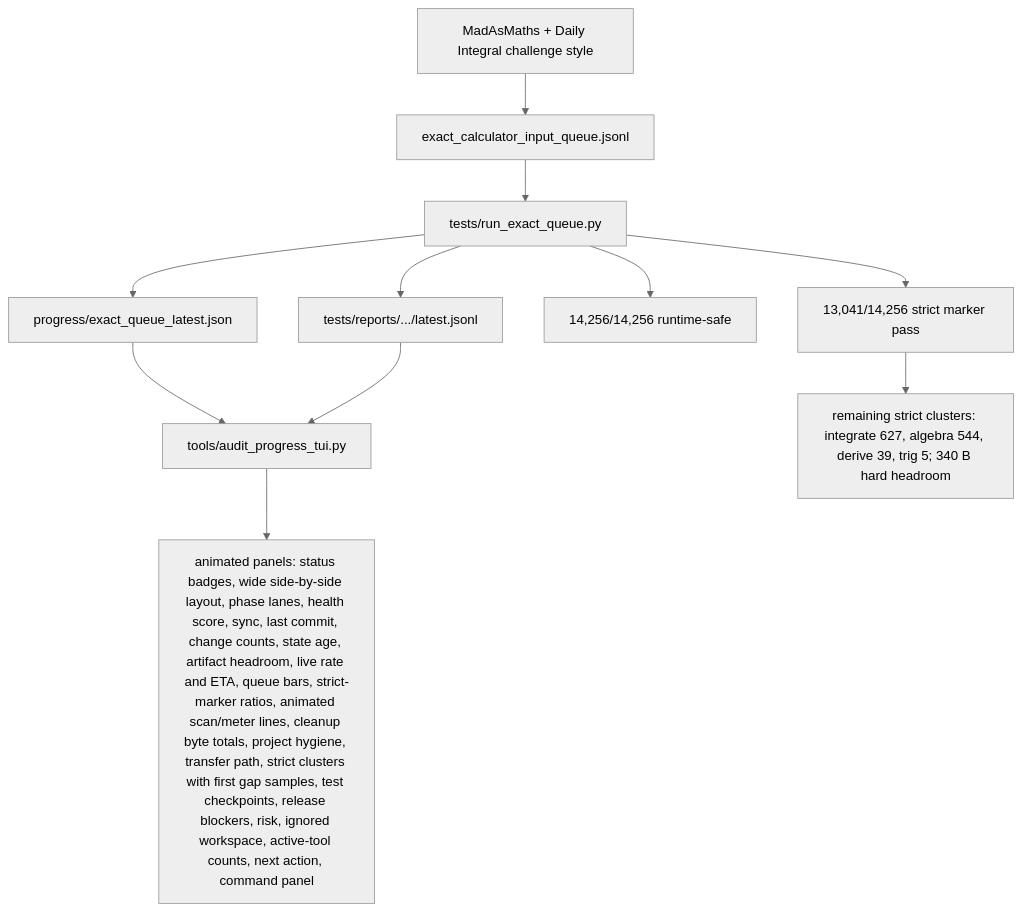
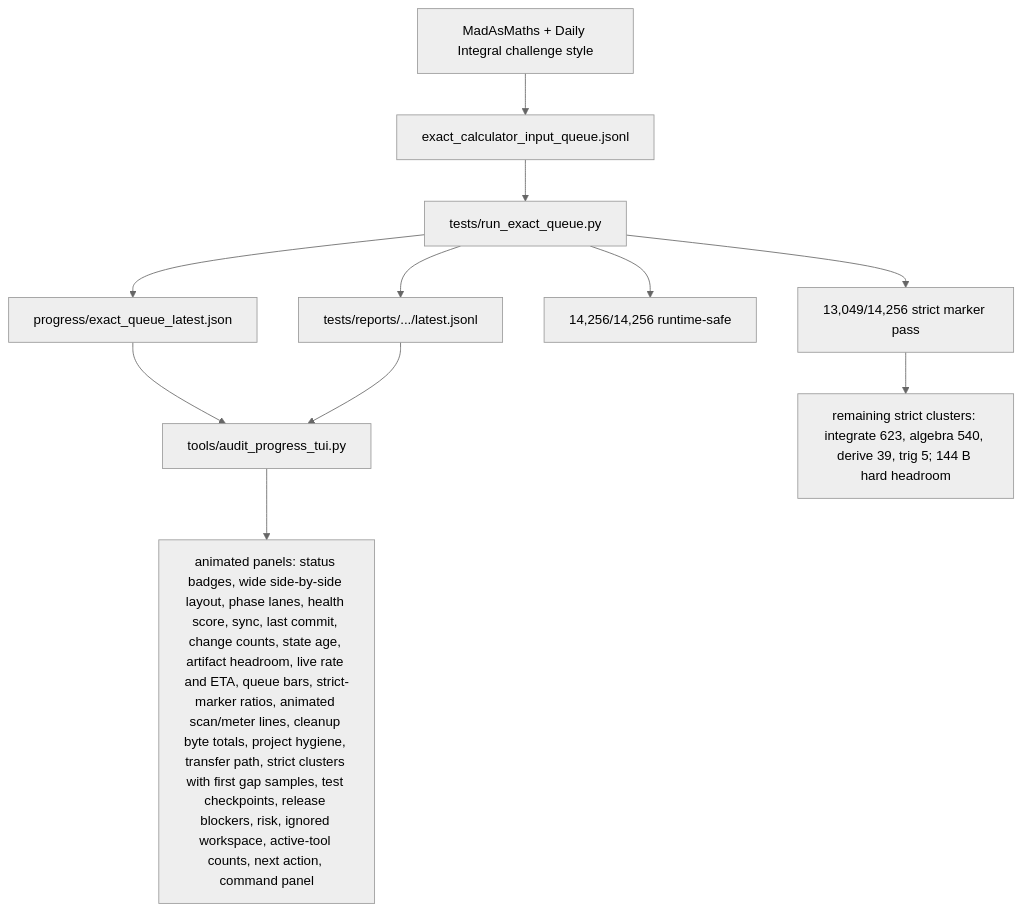
The fifth of 6 diagrams in docs/GRAPH.md (james8464/notes-addin-casio-fx-cg50), drawn with Mermaid (neutral theme) before and after one commit. The commit also changed other lines of this file and 4 other files, not shown here.

````diff
--- a/docs/GRAPH.md
+++ b/docs/GRAPH.md
@@ -61,13 +62,13 @@
 ```mermaid
 graph TD
   Online["MadAsMaths + Daily Integral challenge style"] --> Queue["exact_calculator_input_queue.jsonl"]
   Queue --> Runner["tests/run_exact_queue.py"]
   Runner --> Live["progress/exact_queue_latest.json"]
   Runner --> Report["tests/reports/.../latest.jsonl"]
   Live --> TUI["tools/audit_progress_tui.py"]
   Report --> TUI
   TUI --> Panels["animated panels: status badges, wide side-by-side layout, phase lanes, health score, sync, last commit, change counts, state age, artifact headroom, live rate and ETA, queue bars, strict-marker ratios, animated scan/meter lines, cleanup byte totals, project hygiene, transfer path, strict clusters with first gap samples, test checkpoints, release blockers, risk, ignored workspace, active-tool counts, next action, command panel"]
   Runner --> Runtime["14,256/14,256 runtime-safe"]
-  Runner --> Strict["13,041/14,256 strict marker pass"]
-  Strict --> Remaining["remaining strict clusters: integrate 627, algebra 544, derive 39, trig 5; 340 B hard headroom"]
+  Runner --> Strict["13,049/14,256 strict marker pass"]
+  Strict --> Remaining["remaining strict clusters: integrate 623, algebra 540, derive 39, trig 5; 144 B hard headroom"]
 ```
````
